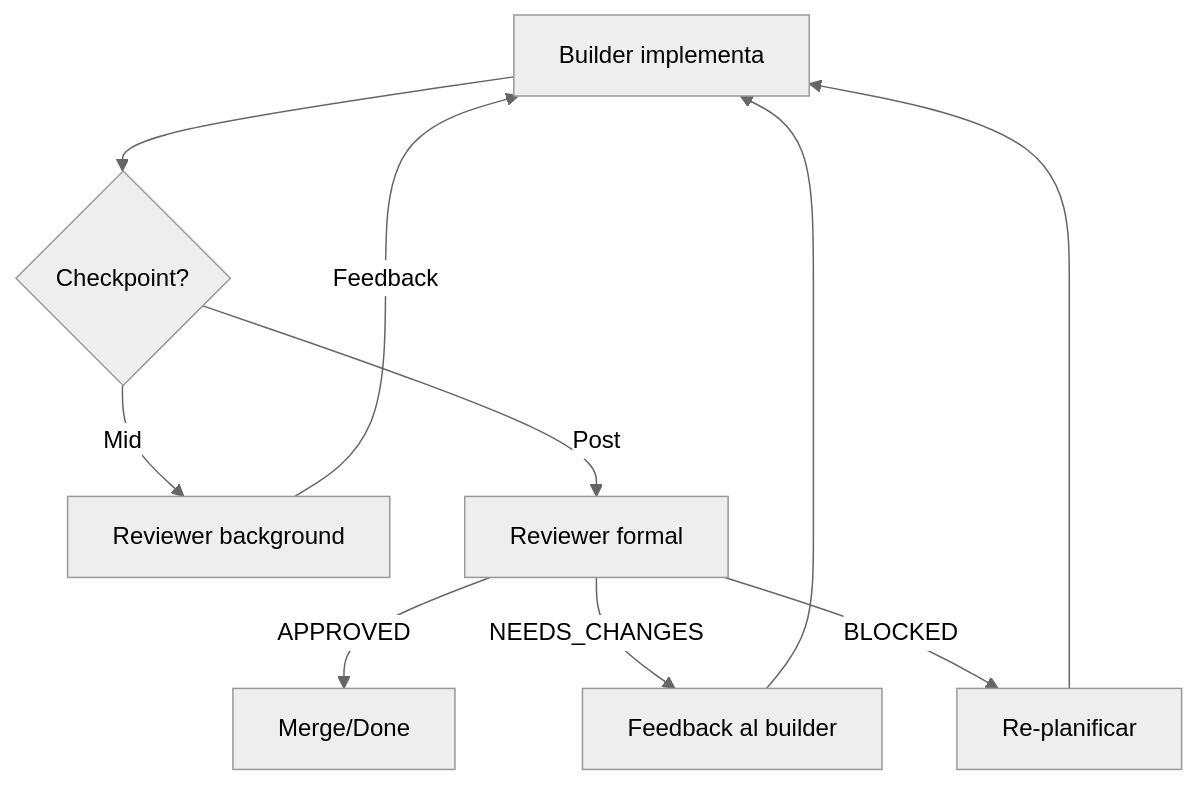
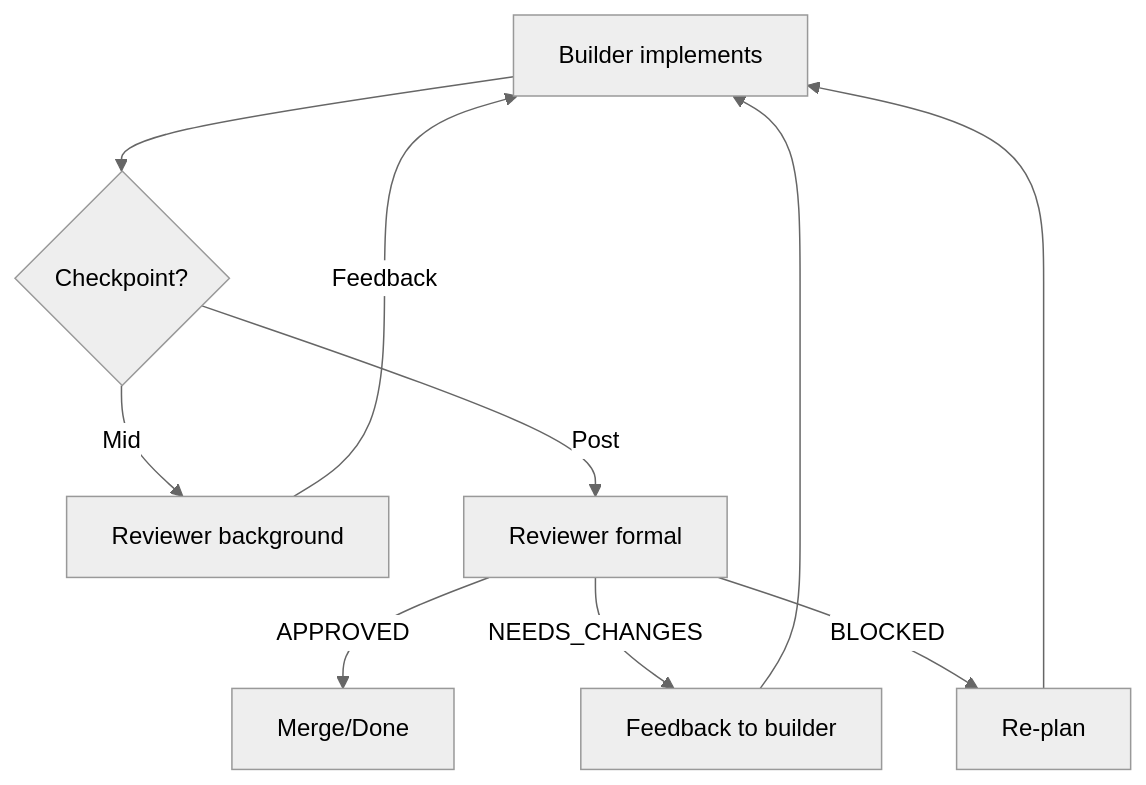
One commit to MaciWP/claude-code-poneglyph changed the third of 3 diagrams in .claude/rules/lead-orchestrator.md. Above: the diagram before and after it, drawn with Mermaid (neutral theme). The commit also changed other lines of this file and 12 other files, not shown here.

````diff
--- a/.claude/rules/lead-orchestrator.md
+++ b/.claude/rules/lead-orchestrator.md
@@ -237,12 +237,12 @@
 ```mermaid
 graph TD
-    B[Builder implementa] --> V1{Checkpoint?}
+    B[Builder implements] --> V1{Checkpoint?}
     V1 -->|Mid| R1[Reviewer background]
     R1 -->|Feedback| B
     V1 -->|Post| R2[Reviewer formal]
     R2 -->|APPROVED| M[Merge/Done]
-    R2 -->|NEEDS_CHANGES| FB[Feedback al builder]
+    R2 -->|NEEDS_CHANGES| FB[Feedback to builder]
     FB --> B
-    R2 -->|BLOCKED| P[Re-planificar]
+    R2 -->|BLOCKED| P[Re-plan]
     P --> B
 ```
````
